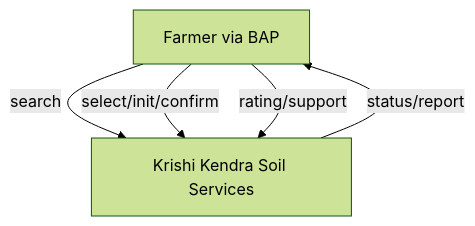
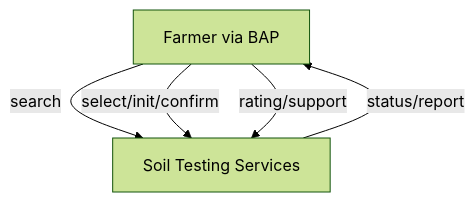
One commit to Meheer17/Beckn changed the first of 2 diagrams in README.md. Above: the diagram before and after it, drawn with Mermaid (forest theme). The commit also changed other lines of this file, not shown here.

````diff
--- a/README.md
+++ b/README.md
@@ -90,7 +51,7 @@
 ```mermaid
 graph TD
-  A[Farmer via BAP] -->|search| BPP1[Krishi Kendra Soil Services]
+  A[Farmer via BAP] -->|search| BPP1[Soil Testing Services]
   A -->|select/init/confirm| BPP1
   BPP1 -->|status/report| A
   A -->|rating/support| BPP1
 ```
````
